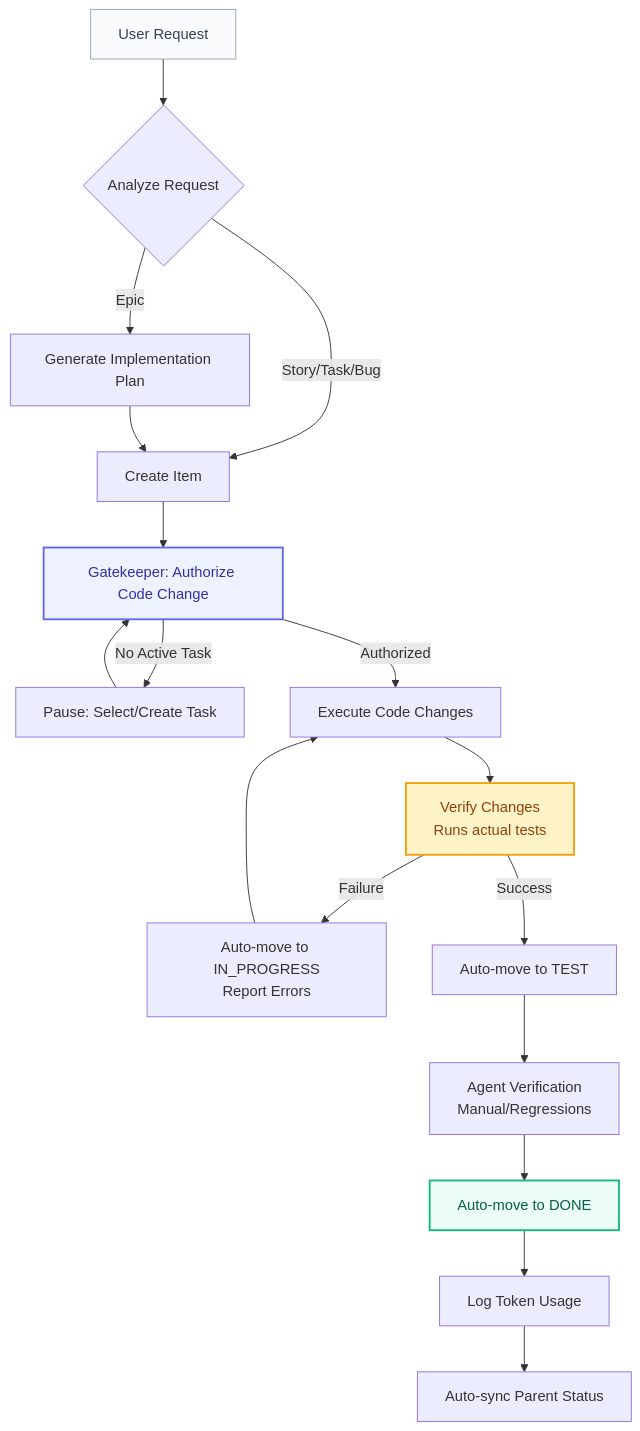
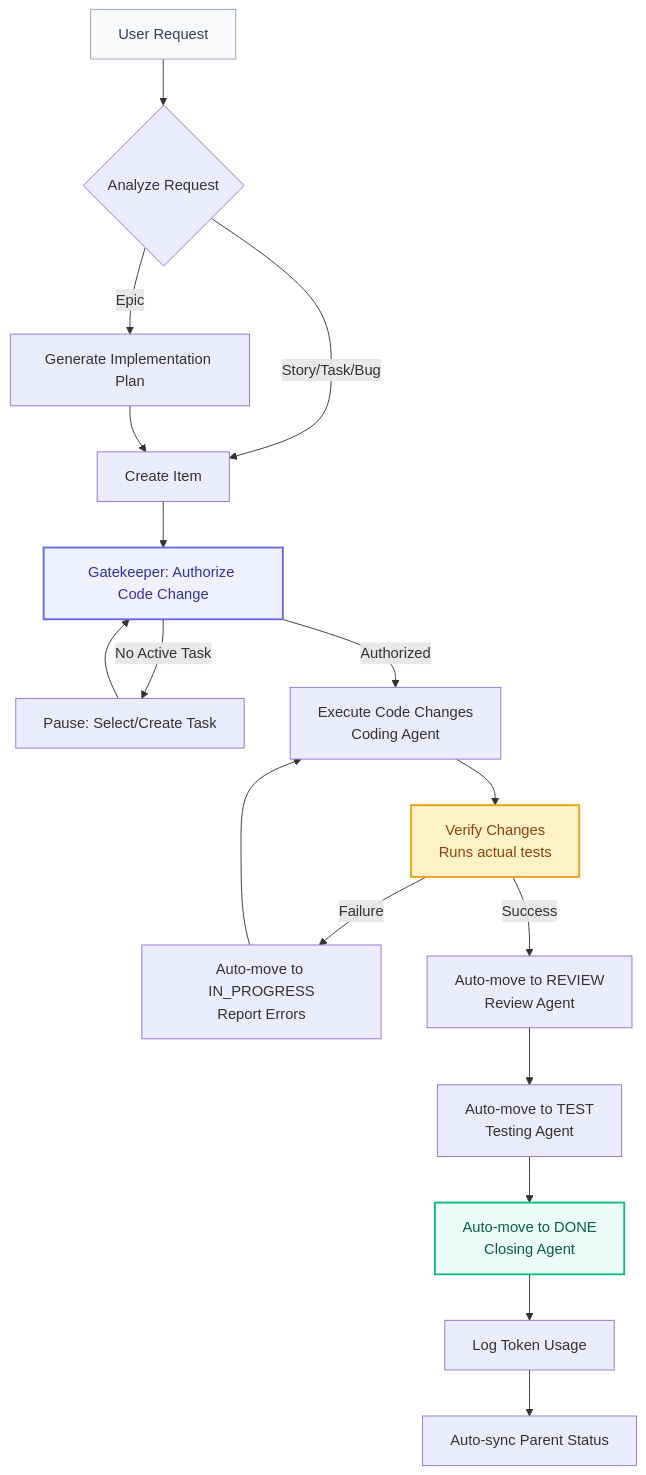
Before and after one commit to cglab-public/agenfk: the diagram in README.md, drawn with Mermaid. The commit also changed 2 other files, not shown here.

Commit message:
close(task): Enforce Multi-Agent Orchestration in Gatekeeper [be6b4e41-2c3b-4523-90fa-81bd619b6557]

````diff
--- a/README.md
+++ b/README.md
@@ -88,24 +88,24 @@
 ```mermaid
 graph TD
     A[User Request] --> B{Analyze Request}
     B -->|Epic| C[Generate Implementation Plan]
     B -->|Story/Task/Bug| D[Create Item]
     C --> D
     D --> E[Gatekeeper: Authorize Code Change]
     E -->|No Active Task| F[Pause: Select/Create Task]
     F --> E
-    E -->|Authorized| G[Execute Code Changes]
+    E -->|Authorized| G[Execute Code Changes <br/>Coding Agent]
     G --> H[Verify Changes <br/>Runs actual tests]
     H -->|Failure| I[Auto-move to IN_PROGRESS<br/>Report Errors]
     I --> G
-    H -->|Success| J[Auto-move to TEST]
-    J --> K[Agent Verification <br/>Manual/Regressions]
-    K --> L[Auto-move to DONE]
+    H -->|Success| J[Auto-move to REVIEW <br/>Review Agent]
+    J --> K[Auto-move to TEST <br/>Testing Agent]
+    K --> L[Auto-move to DONE <br/>Closing Agent]
     L --> M[Log Token Usage]
     M --> N[Auto-sync Parent Status]
     
     style A fill:#f8fafc,stroke:#94a3b8,color:#334155
     style E fill:#eef2ff,stroke:#6366f1,stroke-width:2px,color:#3730a3
     style H fill:#fef3c7,stroke:#f59e0b,stroke-width:2px,color:#92400e
     style L fill:#ecfdf5,stroke:#10b981,stroke-width:2px,color:#065f46
 ```
````
